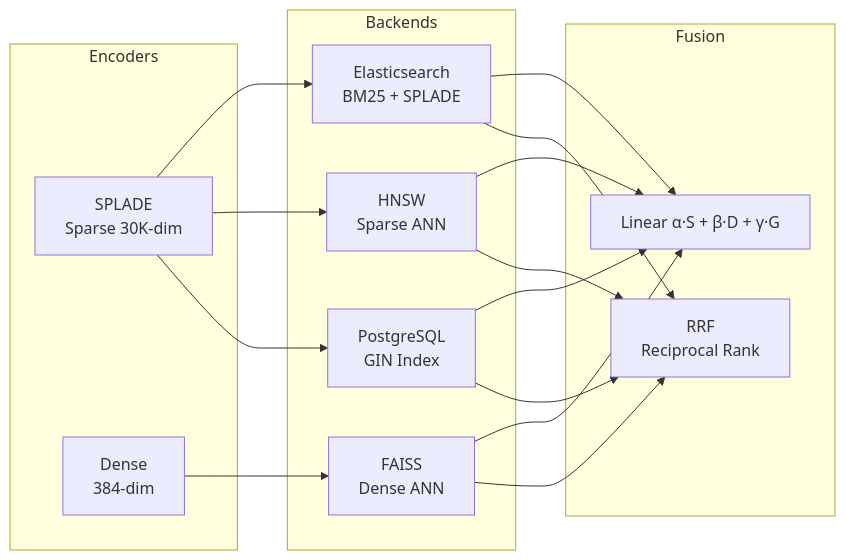
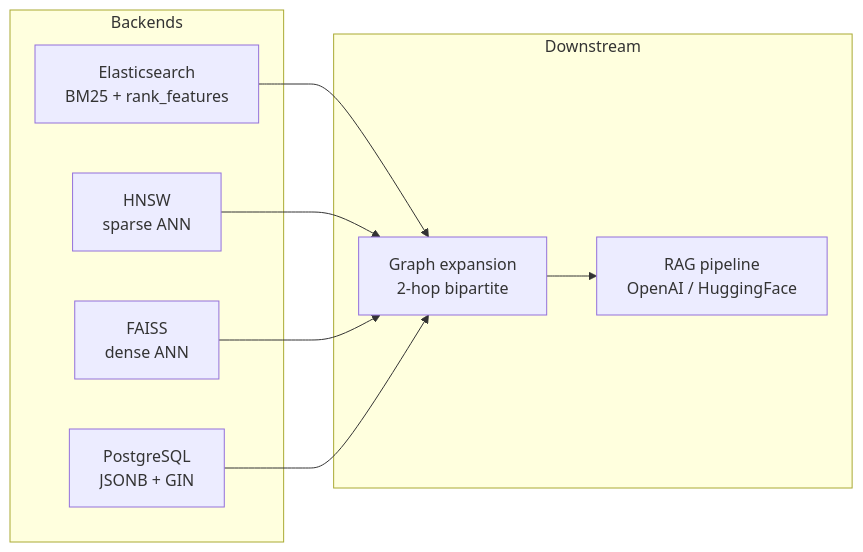
The second of 2 diagrams in README.md (DeveshR011/Bone-Engine), drawn with Mermaid before and after one commit. The commit also changed other lines of this file and 30 other files, not shown here.

````diff
--- a/README.md
+++ b/README.md
@@ -34,26 +337,14 @@
 ```mermaid
 graph LR
-    subgraph Encoders
-        SP["SPLADE\nSparse 30K-dim"]
-        DN["Dense\n384-dim"]
+    subgraph Backends
+        ES["Elasticsearch<br/>BM25 + rank_features"]
+        HN["HNSW<br/>sparse ANN"]
+        FA["FAISS<br/>dense ANN"]
+        PG["PostgreSQL<br/>JSONB + GIN"]
     end
-
-    subgraph Backends
-        ES2["Elasticsearch\nBM25 + SPLADE"]
-        HN["HNSW\nSparse ANN"]
-        FA["FAISS\nDense ANN"]
-        PG2["PostgreSQL\nGIN Index"]
+    subgraph Downstream
+        GX["Graph expansion<br/>2-hop bipartite"]
+        RAG["RAG pipeline<br/>OpenAI / HuggingFace"]
     end
-
-    subgraph Fusion
-        LIN["Linear α·S + β·D + γ·G"]
-        RRF2["RRF\nReciprocal Rank"]
-    end
-
-    SP --> ES2
-    SP --> HN
-    SP --> PG2
-    DN --> FA
-    ES2 & HN & FA & PG2 --> LIN
-    ES2 & HN & FA & PG2 --> RRF2
+    ES & HN & FA & PG --> GX --> RAG
 ```
````
